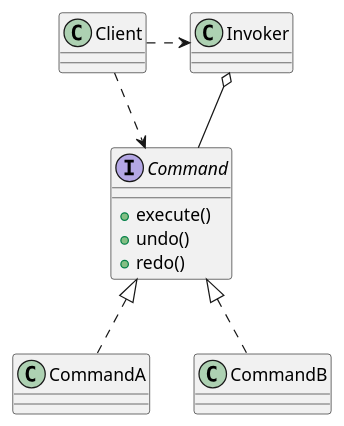
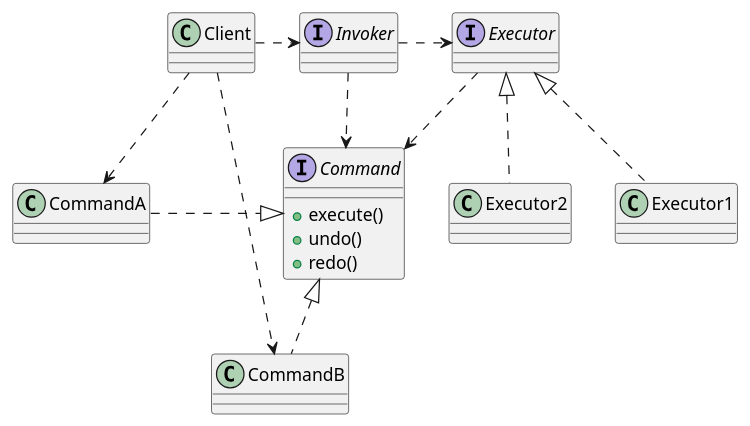
The diagram in Design/Design Patterns/Behavioral Patterns/Command.md (mengxianbin/cs-notes), drawn with PlantUML before and after one commit. The commit also changed 8 other files, not shown here.

````diff
--- a/Design/Design Patterns/Behavioral Patterns/Command.md
+++ b/Design/Design Patterns/Behavioral Patterns/Command.md
@@ -1,34 +1,53 @@
 ```puml
 @startuml
 
 class Client {
 
 }
 
-class Invoker {
+interface Invoker {
 
 }
 
 interface Command {
     + execute()
     + undo()
     + redo()
 }
 
 class CommandA {
 
 }
 
 class CommandB {
 
 }
 
-Client .> Command
-Command <|.. CommandA
-Command <|.. CommandB
+Client ..> CommandA
+Client ..> CommandB
+CommandA ..right|> Command
+CommandB ..up|> Command
 
 Client .> Invoker
-Invoker o-- Command
+Invoker ..> Command
+
+interface Executor {
+
+}
+
+class Executor1 {
+
+}
+
+class Executor2 {
+
+}
+
+Invoker .> Executor
+Executor1 ..up|> Executor
+Executor2 ..up|> Executor
+
+Executor ..> Command
 
 @enduml
 ```
````
